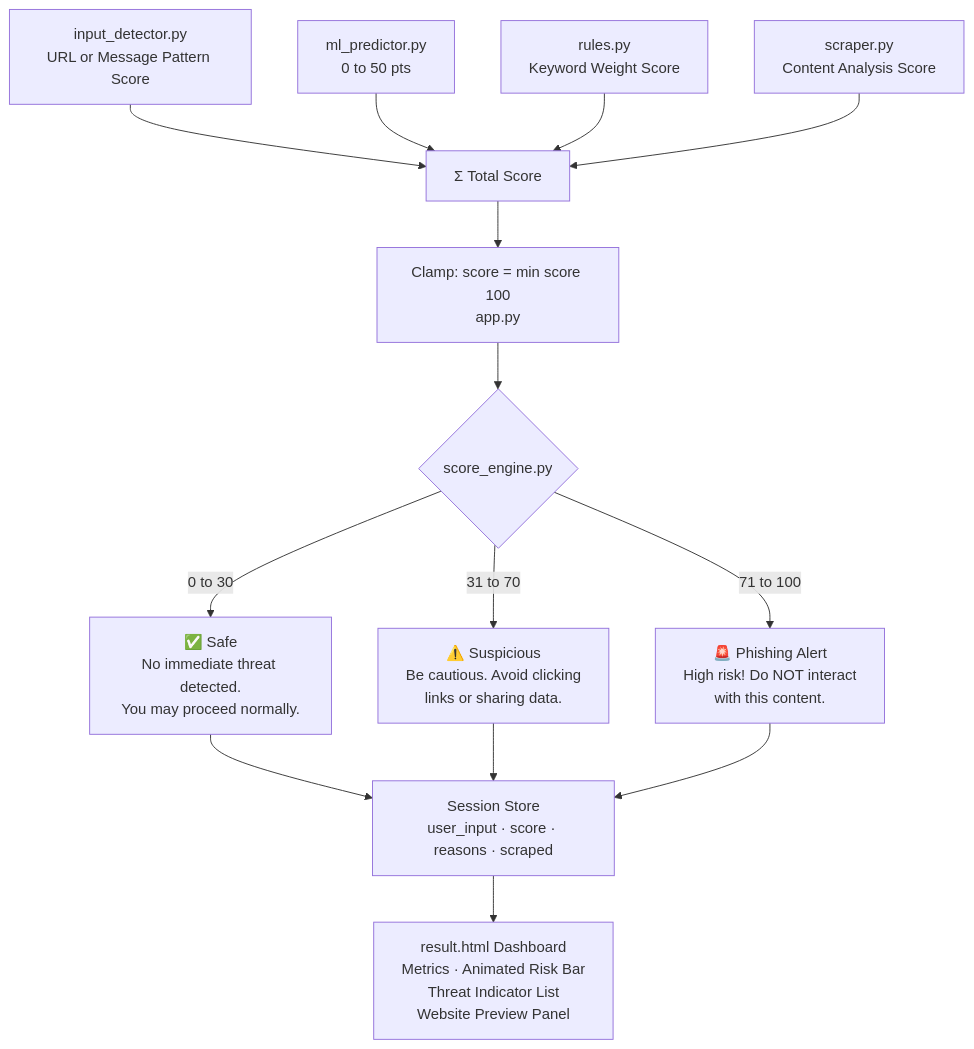
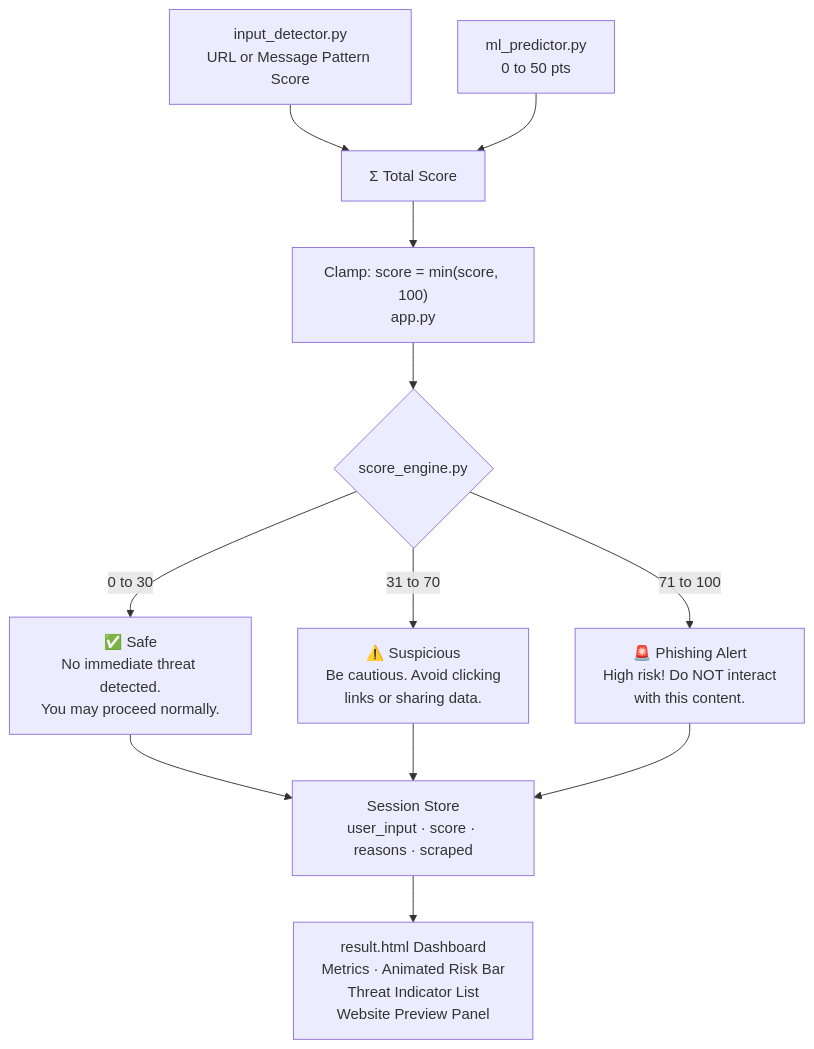
The fifth of 5 diagrams in README.md (Sreelakshmi-K-S/SecureAssist), drawn with Mermaid before and after one commit. The commit also changed other lines of this file and 6 other files, not shown here.

````diff
--- a/README.md
+++ b/README.md
@@ -198,17 +191,15 @@
 ```mermaid
 flowchart TD
     A["input_detector.py\nURL or Message Pattern Score"] --> SUM
     B["ml_predictor.py\n0 to 50 pts"] --> SUM
-    C["rules.py\nKeyword Weight Score"] --> SUM
-    D["scraper.py\nContent Analysis Score"] --> SUM
 
-    SUM["Σ Total Score"] --> CLAMP["Clamp: score = min score 100\napp.py"]
+    SUM["Σ Total Score"] --> CLAMP["Clamp: score = min(score, 100)\napp.py"]
     CLAMP --> SE{"score_engine.py"}
 
     SE -->|"0 to 30"| SAFE["✅ Safe\nNo immediate threat detected.\nYou may proceed normally."]
     SE -->|"31 to 70"| SUSP["⚠️ Suspicious\nBe cautious. Avoid clicking\nlinks or sharing data."]
     SE -->|"71 to 100"| THREAT["🚨 Phishing Alert\nHigh risk! Do NOT interact\nwith this content."]
 
     SAFE & SUSP & THREAT --> SESSION["Session Store\nuser_input · score · reasons · scraped"]
     SESSION --> DASH["result.html Dashboard\nMetrics · Animated Risk Bar\nThreat Indicator List\nWebsite Preview Panel"]
 ```
````
